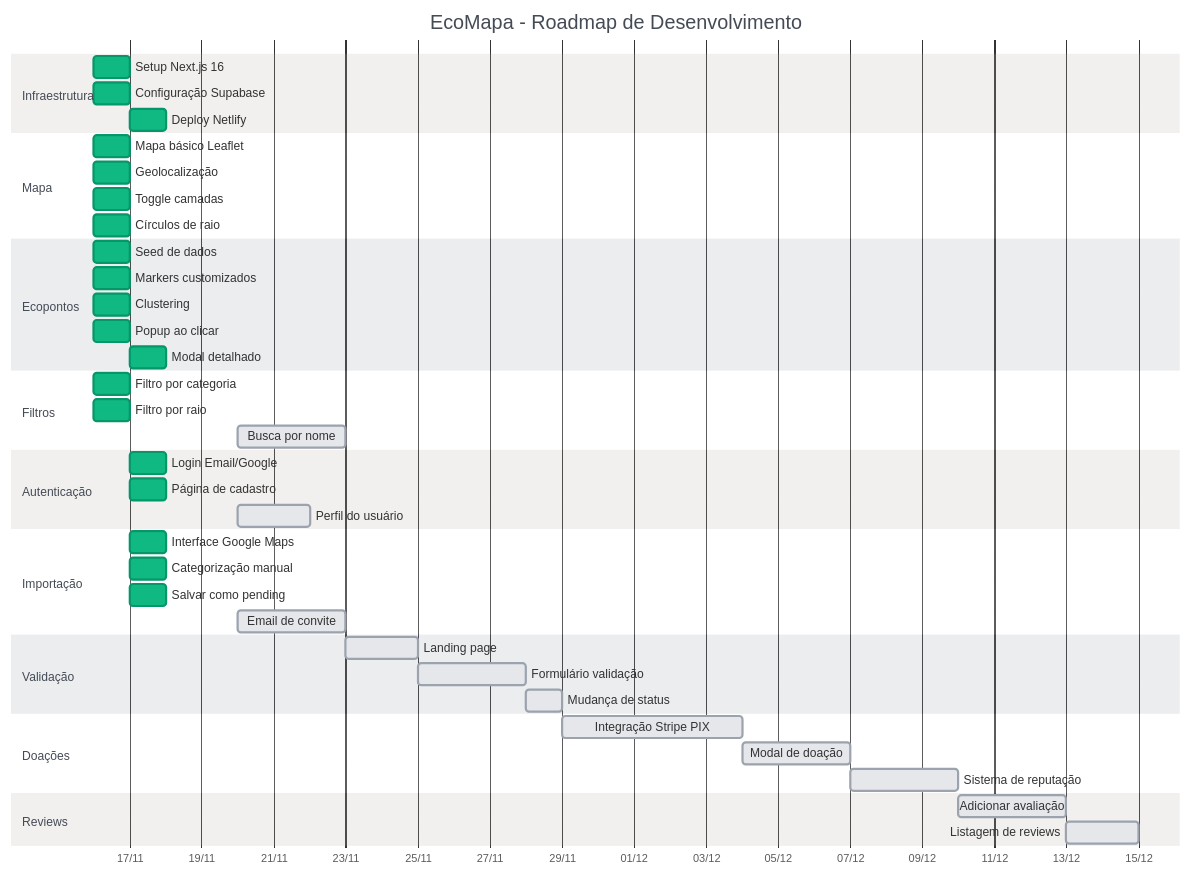
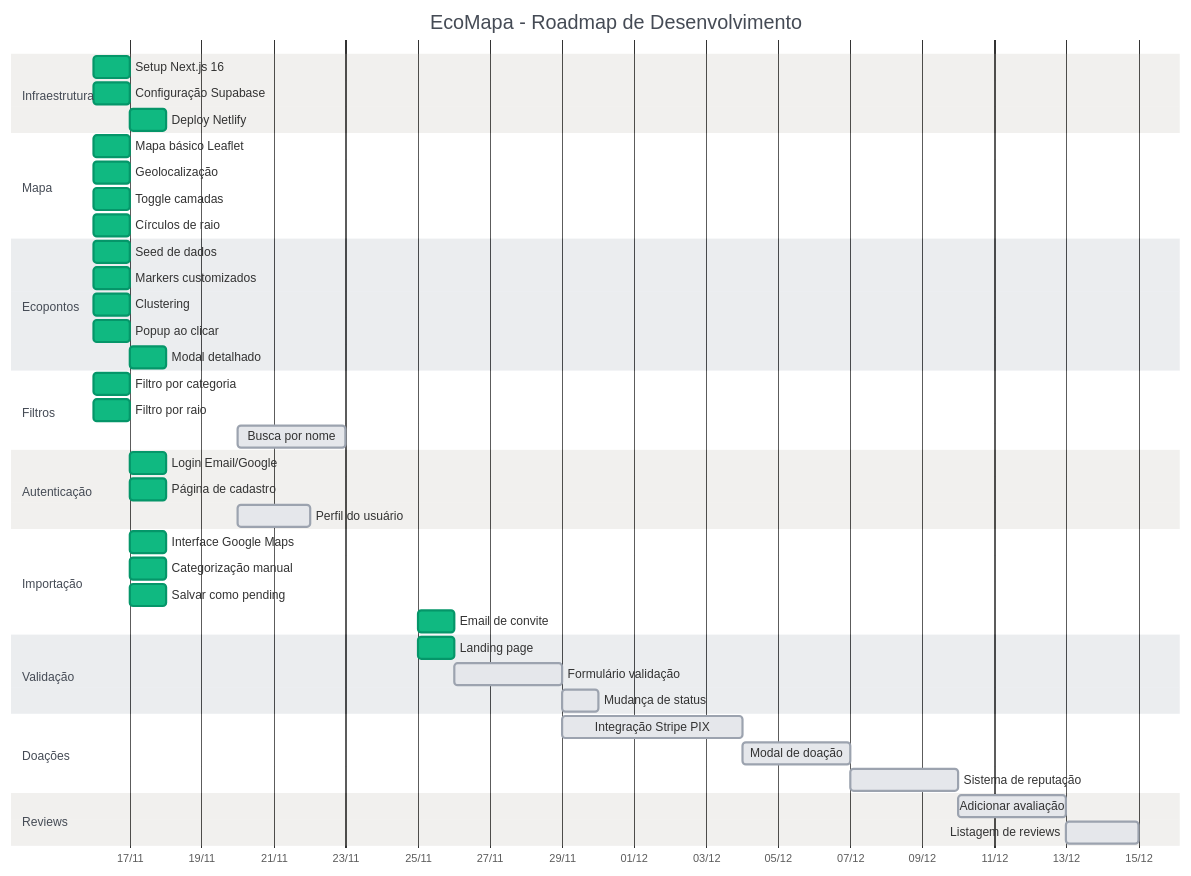
Before and after one commit to julioholon/ecomapa: the diagram in TODO.md, drawn with Mermaid. The commit also changed other lines of this file and 2 other files, not shown here.

````diff
--- a/TODO.md
+++ b/TODO.md
@@ -1172,67 +1181,67 @@
 ```mermaid
 %%{init: {
   'theme': 'base',
   'themeVariables': {
     'primaryColor': '#9ca3af',
     'primaryBorderColor': '#6b7280',
     'doneTaskBkgColor': '#10b981',
     'doneTaskBorderColor': '#059669',
     'activeTaskBkgColor': '#3b82f6',
     'activeTaskBorderColor': '#2563eb',
     'taskBkgColor': '#e5e7eb',
     'taskBorderColor': '#9ca3af'
   }
 }}%%
 gantt
     title EcoMapa - Roadmap de Desenvolvimento
     dateFormat  YYYY-MM-DD
     axisFormat %d/%m
 
     section Infraestrutura
     Setup Next.js 16           :done, infra1, 2024-11-16, 1d
     Configuração Supabase      :done, infra2, 2024-11-16, 1d
     Deploy Netlify             :done, infra3, 2024-11-17, 1d
 
     section Mapa
     Mapa básico Leaflet        :done, map1, 2024-11-16, 1d
     Geolocalização             :done, map2, 2024-11-16, 1d
     Toggle camadas             :done, map3, 2024-11-16, 1d
     Círculos de raio           :done, map4, 2024-11-16, 1d
 
     section Ecopontos
     Seed de dados              :done, point1, 2024-11-16, 1d
     Markers customizados       :done, point2, 2024-11-16, 1d
     Clustering                 :done, point3, 2024-11-16, 1d
     Popup ao clicar            :done, point4, 2024-11-16, 1d
     Modal detalhado            :done, point5, 2024-11-17, 1d
 
     section Filtros
     Filtro por categoria       :done, filter1, 2024-11-16, 1d
     Filtro por raio            :done, filter2, 2024-11-16, 1d
     Busca por nome             :filter3, 2024-11-20, 3d
 
     section Autenticação
     Login Email/Google         :done, auth1, 2024-11-17, 1d
     Página de cadastro         :done, auth2, 2024-11-17, 1d
     Perfil do usuário          :auth3, 2024-11-20, 2d
 
     section Importação
     Interface Google Maps      :done, import1, 2024-11-17, 1d
     Categorização manual       :done, import2, 2024-11-17, 1d
     Salvar como pending        :done, import3, 2024-11-17, 1d
-    Email de convite           :import4, 2024-11-20, 3d
+    Email de convite           :done, import4, 2024-11-25, 1d
 
     section Validação
-    Landing page               :valid1, 2024-11-23, 2d
-    Formulário validação       :valid2, 2024-11-25, 3d
-    Mudança de status          :valid3, 2024-11-28, 1d
+    Landing page               :done, valid1, 2024-11-25, 1d
+    Formulário validação       :valid2, 2024-11-26, 3d
+    Mudança de status          :valid3, 2024-11-29, 1d
 
     section Doações
     Integração Stripe PIX      :donation1, 2024-11-29, 5d
     Modal de doação            :donation2, 2024-12-04, 3d
     Sistema de reputação       :donation3, 2024-12-07, 3d
 
     section Reviews
     Adicionar avaliação        :review1, 2024-12-10, 3d
     Listagem de reviews        :review2, 2024-12-13, 2d
 ```
````
